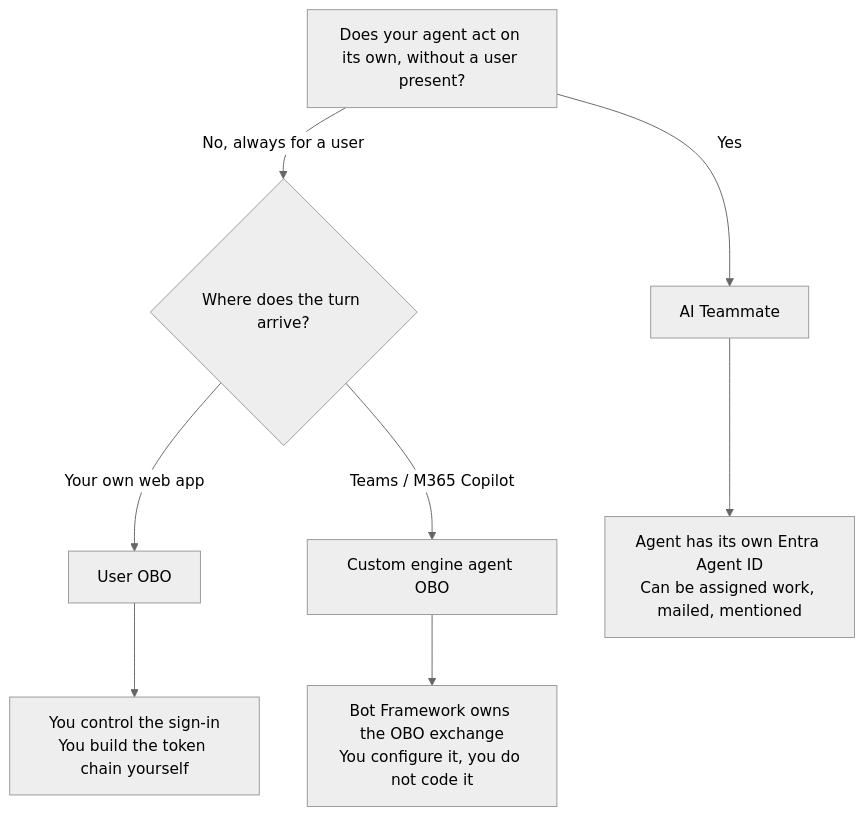
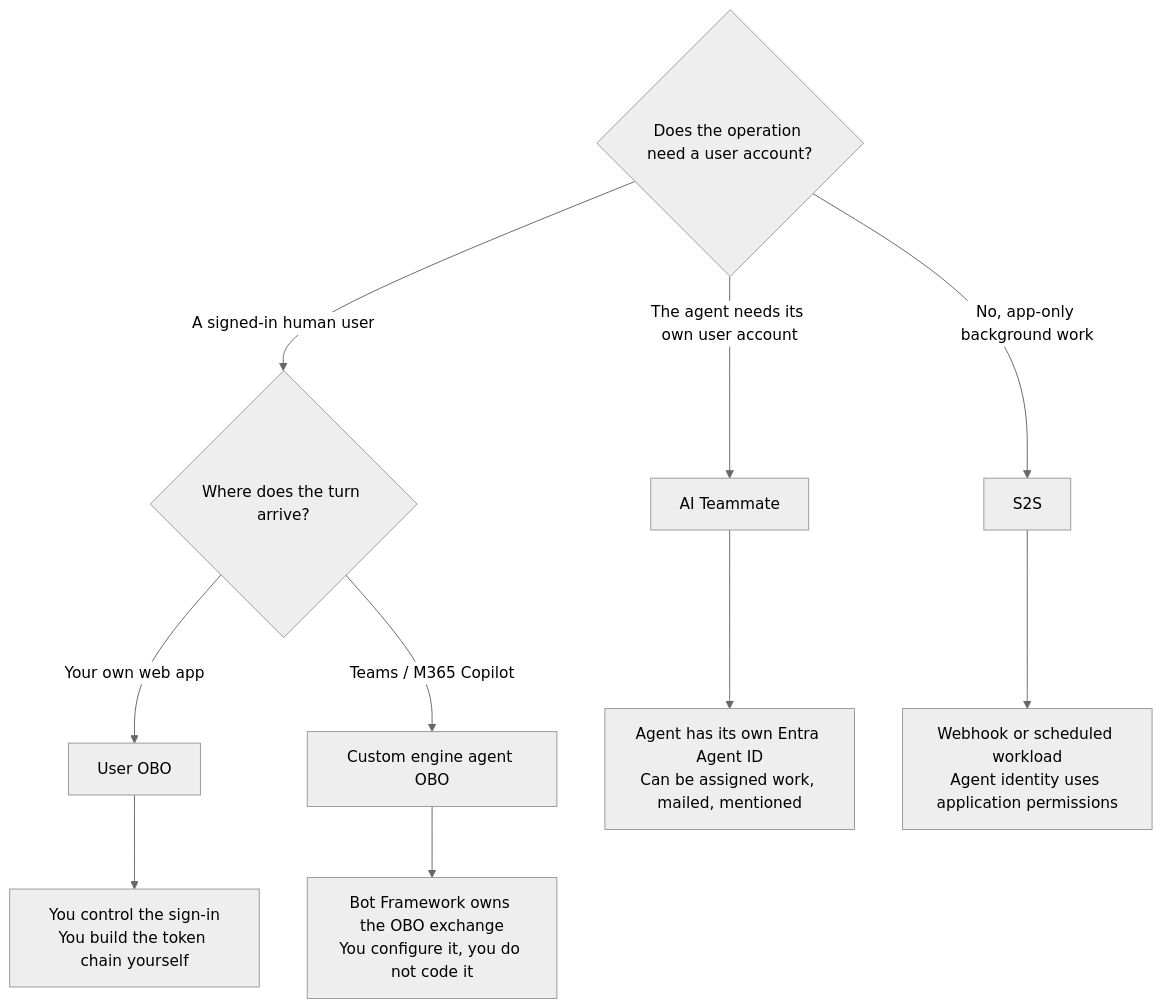
The diagram in 02-patterns/Choosing-Your-Onboarding-Path.md (qmatteoq/agent365-runbook), drawn with Mermaid (neutral theme) before and after one commit. The commit also changed other lines of this file and 68 other files, not shown here.

````diff
--- a/02-patterns/Choosing-Your-Onboarding-Path.md
+++ b/02-patterns/Choosing-Your-Onboarding-Path.md
@@ -21,11 +22,13 @@
 ```mermaid
 flowchart TD
-    A[Does your agent act on its own, without a user present?] -->|Yes| B[AI Teammate]
-    A -->|No, always for a user| C{Where does the turn arrive?}
+    A{Does the operation need a user account?} -->|No, app-only background work| S[S2S]
+    A -->|The agent needs its own user account| B[AI Teammate]
+    A -->|A signed-in human user| C{Where does the turn arrive?}
     C -->|Your own web app| D[User OBO]
     C -->|Teams / M365 Copilot| E[Custom engine agent OBO]
 
     B --> B1[Agent has its own Entra Agent ID<br/>Can be assigned work, mailed, mentioned]
     D --> D1[You control the sign-in<br/>You build the token chain yourself]
     E --> E1[Bot Framework owns the OBO exchange<br/>You configure it, you do not code it]
+    S --> S1[Webhook or scheduled workload<br/>Agent identity uses application permissions]
 ```
````
